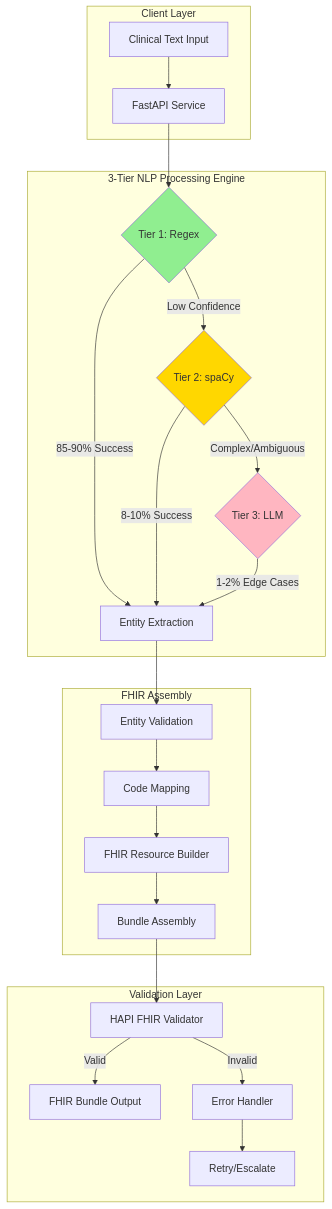
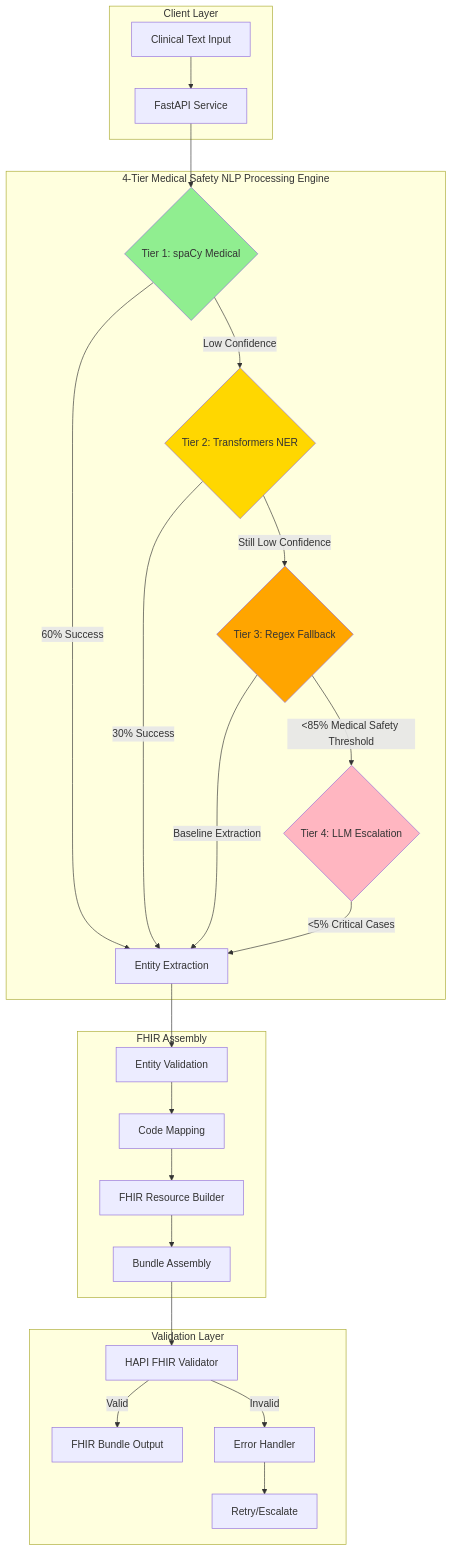
Before and after one commit to jc7k/nl-fhir: the first of 5 diagrams in README.md, drawn with Mermaid. The commit also changed other lines of this file and 33 other files, not shown here.

First line of the commit message:
fix: Critical condition mapping bug - changed field from 'code' to 'name'

````diff
--- a/README.md
+++ b/README.md
@@ -60,33 +60,36 @@
 ```mermaid
 graph TB
     subgraph "Client Layer"
         A[Clinical Text Input] --> B[FastAPI Service]
     end
     
-    subgraph "3-Tier NLP Processing Engine"
-        B --> C{Tier 1: Regex}
-        C -->|85-90% Success| D[Entity Extraction]
-        C -->|Low Confidence| E{Tier 2: spaCy}
-        E -->|8-10% Success| D
-        E -->|Complex/Ambiguous| F{Tier 3: LLM}
-        F -->|1-2% Edge Cases| D
+    subgraph "4-Tier Medical Safety NLP Processing Engine"
+        B --> C{Tier 1: spaCy Medical}
+        C -->|60% Success| D[Entity Extraction]
+        C -->|Low Confidence| E{Tier 2: Transformers NER}
+        E -->|30% Success| D
+        E -->|Still Low Confidence| F{Tier 3: Regex Fallback}
+        F -->|Baseline Extraction| D
+        F -->|<85% Medical Safety Threshold| G{Tier 4: LLM Escalation}
+        G -->|<5% Critical Cases| D
     end
     
     subgraph "FHIR Assembly"
-        D --> G[Entity Validation]
-        G --> H[Code Mapping]
-        H --> I[FHIR Resource Builder]
-        I --> J[Bundle Assembly]
+        D --> H[Entity Validation]
+        H --> I[Code Mapping]
+        I --> J[FHIR Resource Builder]
+        J --> K[Bundle Assembly]
     end
     
     subgraph "Validation Layer"
-        J --> K[HAPI FHIR Validator]
-        K -->|Valid| L[FHIR Bundle Output]
-        K -->|Invalid| M[Error Handler]
-        M --> N[Retry/Escalate]
+        K --> L[HAPI FHIR Validator]
+        L -->|Valid| M[FHIR Bundle Output]
+        L -->|Invalid| N[Error Handler]
+        N --> O[Retry/Escalate]
     end
     
     style C fill:#90EE90
     style E fill:#FFD700
-    style F fill:#FFB6C1
+    style F fill:#FFA500
+    style G fill:#FFB6C1
 ```
````
